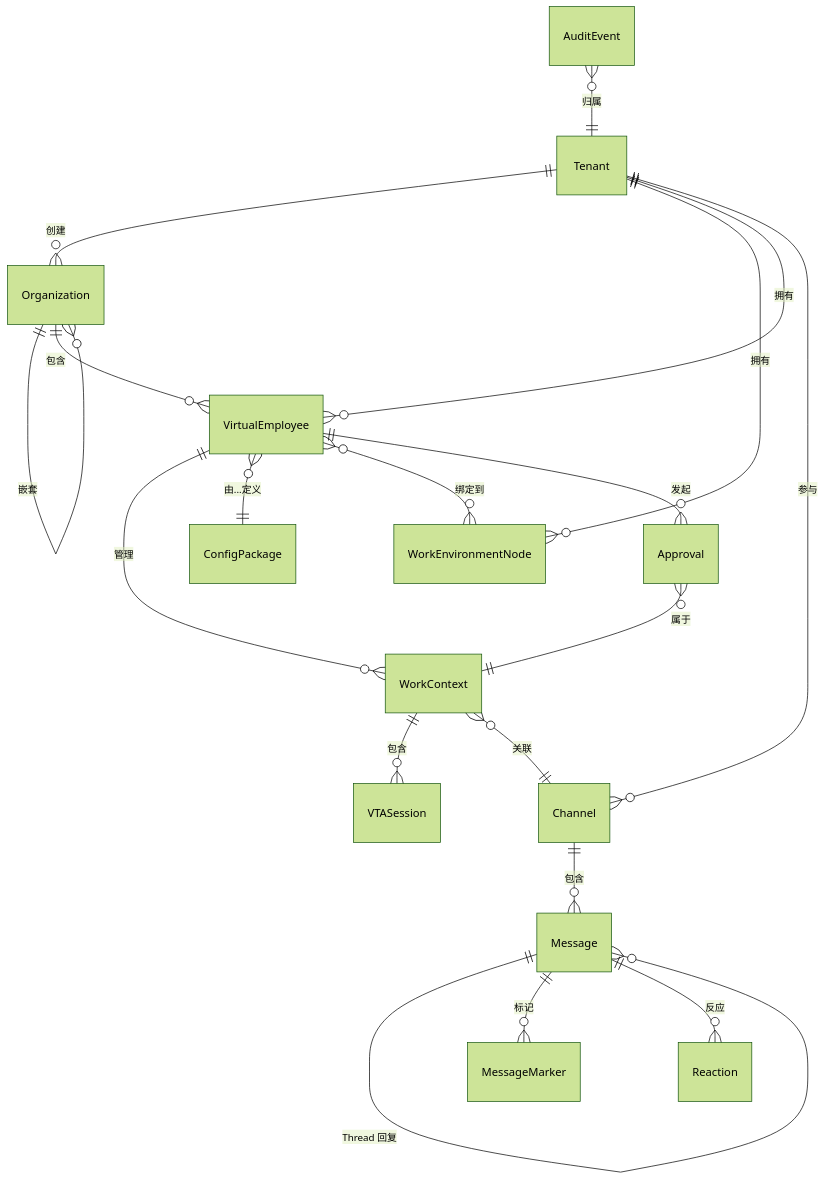
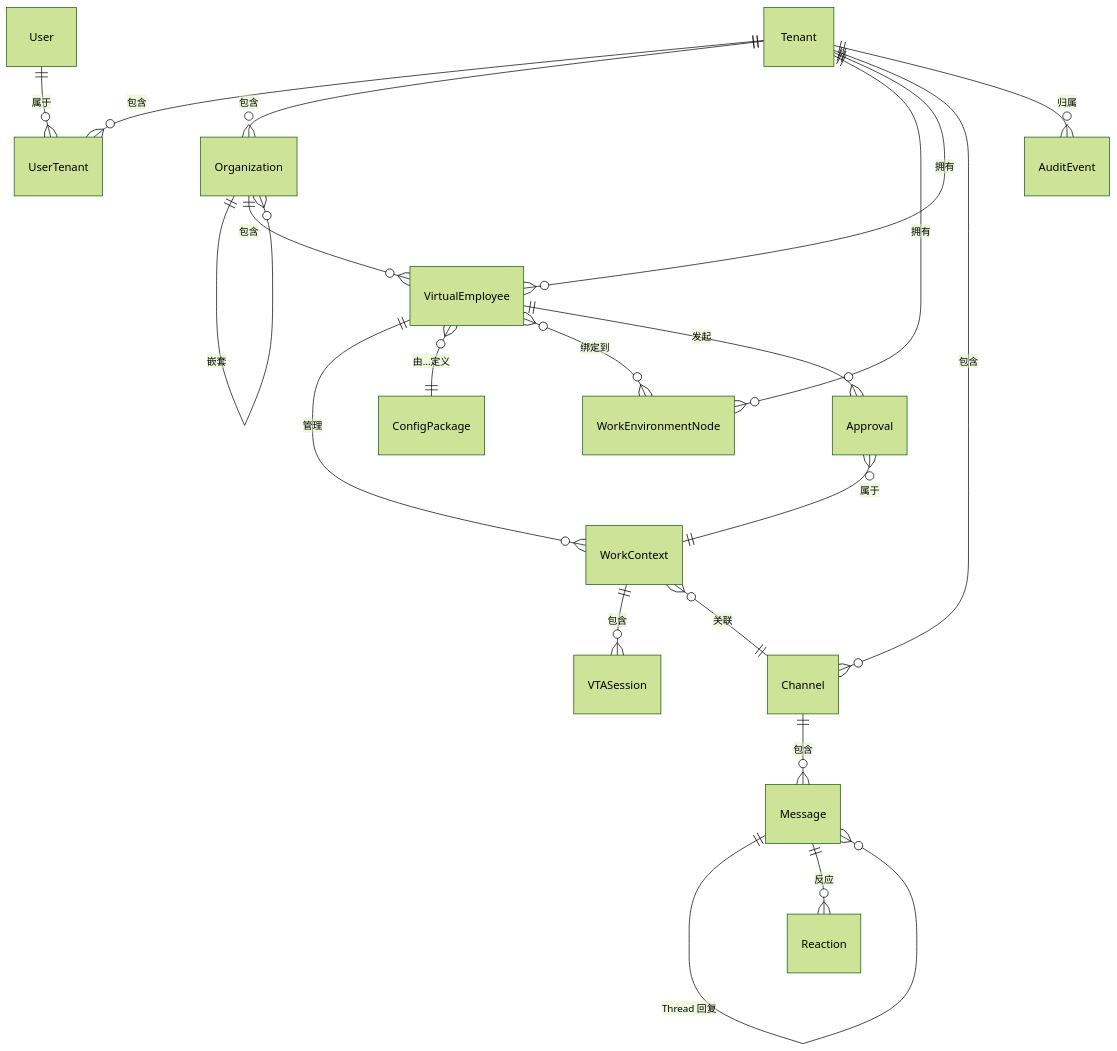
One commit to chongyi/virtual-team-architecture changed the diagram in virtual-team/src/16-technical-specs/data-model-reference.md. Above: the diagram before and after it, drawn with Mermaid (forest theme). The commit also changed other lines of this file and 10 other files, not shown here.

First line of the commit message:
docs: introduce three-layer model (User → Tenant → Organization)

````diff
--- a/virtual-team/src/16-technical-specs/data-model-reference.md
+++ b/virtual-team/src/16-technical-specs/data-model-reference.md
@@ -7,27 +7,28 @@
 ```mermaid
 erDiagram
-    Tenant ||--o{ Organization : "创建"
+    User ||--o{ UserTenant : "属于"
+    Tenant ||--o{ UserTenant : "包含"
+
+    Tenant ||--o{ Organization : "包含"
     Tenant ||--o{ WorkEnvironmentNode : "拥有"
     Tenant ||--o{ VirtualEmployee : "拥有"
-    Tenant ||--o{ Channel : "参与"
+    Tenant ||--o{ Channel : "包含"
+    Tenant ||--o{ AuditEvent : "归属"
 
     Organization ||--o{ Organization : "嵌套"
     Organization ||--o{ VirtualEmployee : "包含"
 
     VirtualEmployee ||--o{ WorkContext : "管理"
     VirtualEmployee }o--|| ConfigPackage : "由...定义"
     VirtualEmployee }o--o{ WorkEnvironmentNode : "绑定到"
 
     WorkContext ||--o{ VTASession : "包含"
     WorkContext }o--|| Channel : "关联"
 
     Channel ||--o{ Message : "包含"
     Message ||--o{ Message : "Thread 回复"
-    Message ||--o{ MessageMarker : "标记"
     Message ||--o{ Reaction : "反应"
 
     VirtualEmployee ||--o{ Approval : "发起"
     Approval }o--|| WorkContext : "属于"
-
-    AuditEvent }o--|| Tenant : "归属"
 ```
````
